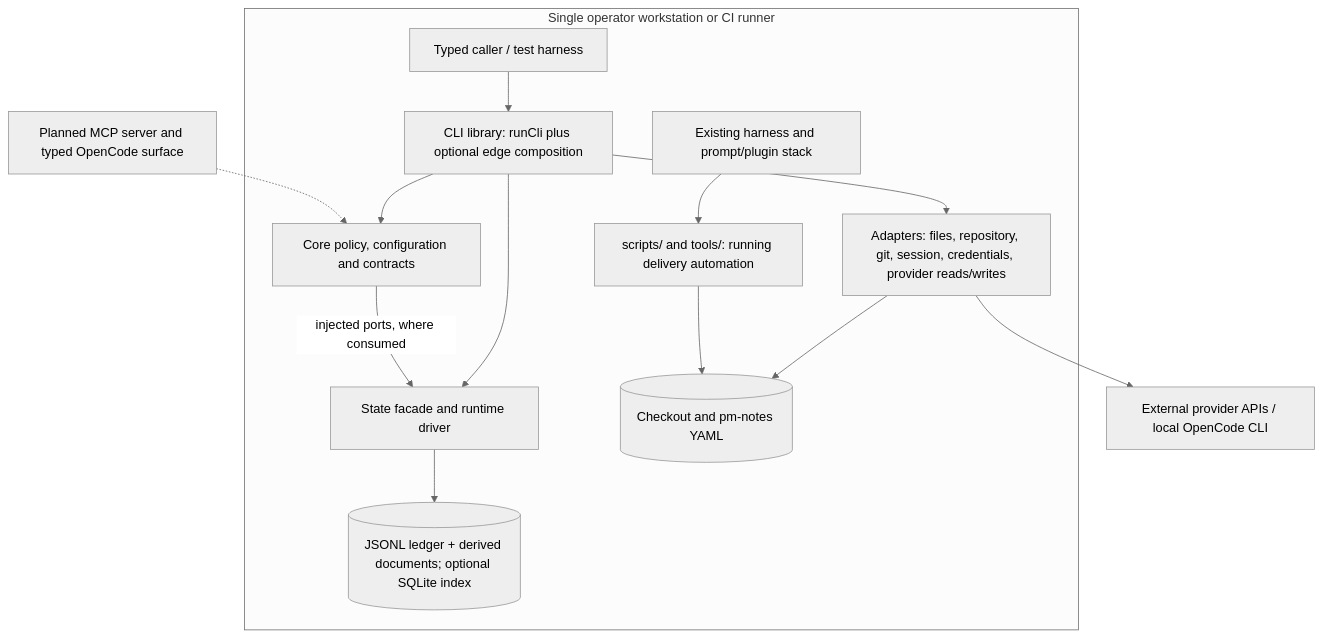
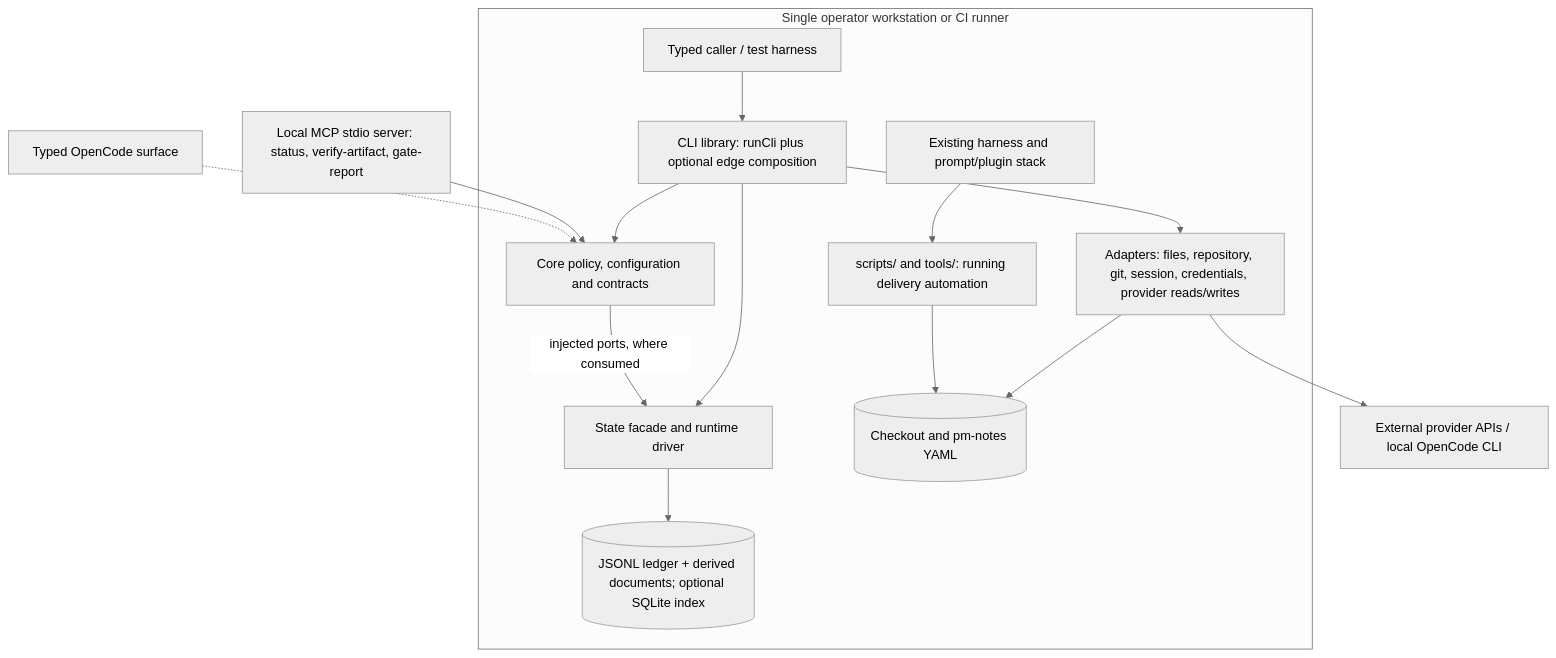
The second of 2 diagrams in doc/overview/architecture-overview.md (juliusz-cwiakalski/agentic-delivery-os), drawn with Mermaid (neutral theme) before and after one commit. The commit also changed other lines of this file and 10 other files, not shown here.

First line of the commit message:
docs(GH-231): reconcile system docs for mcp surface

````diff
--- a/doc/overview/architecture-overview.md
+++ b/doc/overview/architecture-overview.md
@@ -57,25 +57,26 @@
 ```mermaid
 flowchart TB
   subgraph Workstation["Single operator workstation or CI runner"]
     Harness["Existing harness and prompt/plugin stack"]
     Shell["scripts/ and tools/: running delivery automation"]
     Caller["Typed caller / test harness"]
     CLI["CLI library: runCli plus optional edge composition"]
     Core["Core policy, configuration and contracts"]
     IO["Adapters: files, repository, git, session, credentials, provider reads/writes"]
     State["State facade and runtime driver"]
     Ledger[("JSONL ledger + derived documents; optional SQLite index")]
     Checkout[("Checkout and pm-notes YAML")]
     Harness --> Shell
     Caller --> CLI
     CLI --> Core
     CLI --> IO
     CLI --> State
     Core -->|"injected ports, where consumed"| State
     State --> Ledger
     IO --> Checkout
     Shell --> Checkout
   end
   IO --> APIs["External provider APIs / local OpenCode CLI"]
-  Future["Planned MCP server and typed OpenCode surface"] -.-> Core
+  MCP["Local MCP stdio server: status, verify-artifact, gate-report"] --> Core
+  Future["Typed OpenCode surface"] -.-> Core
 ```
````
